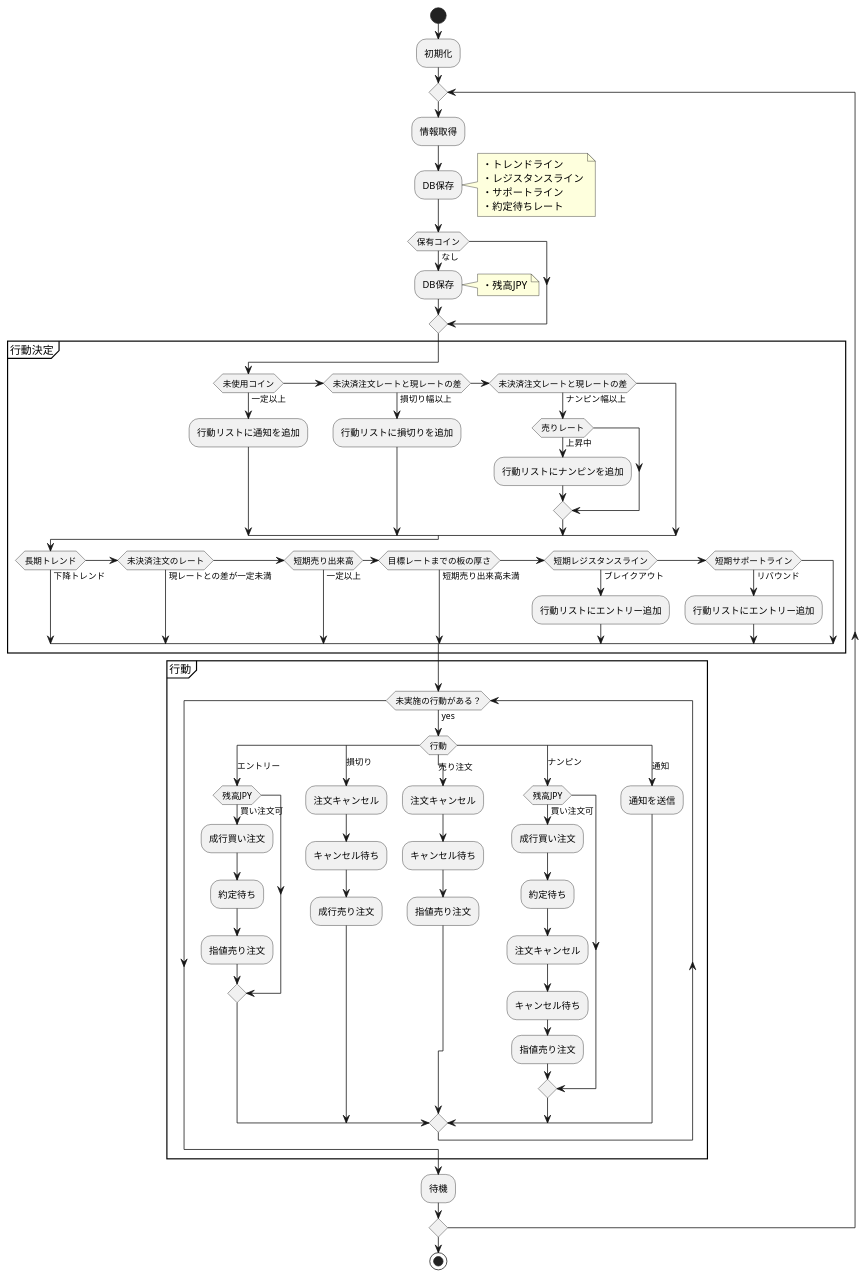
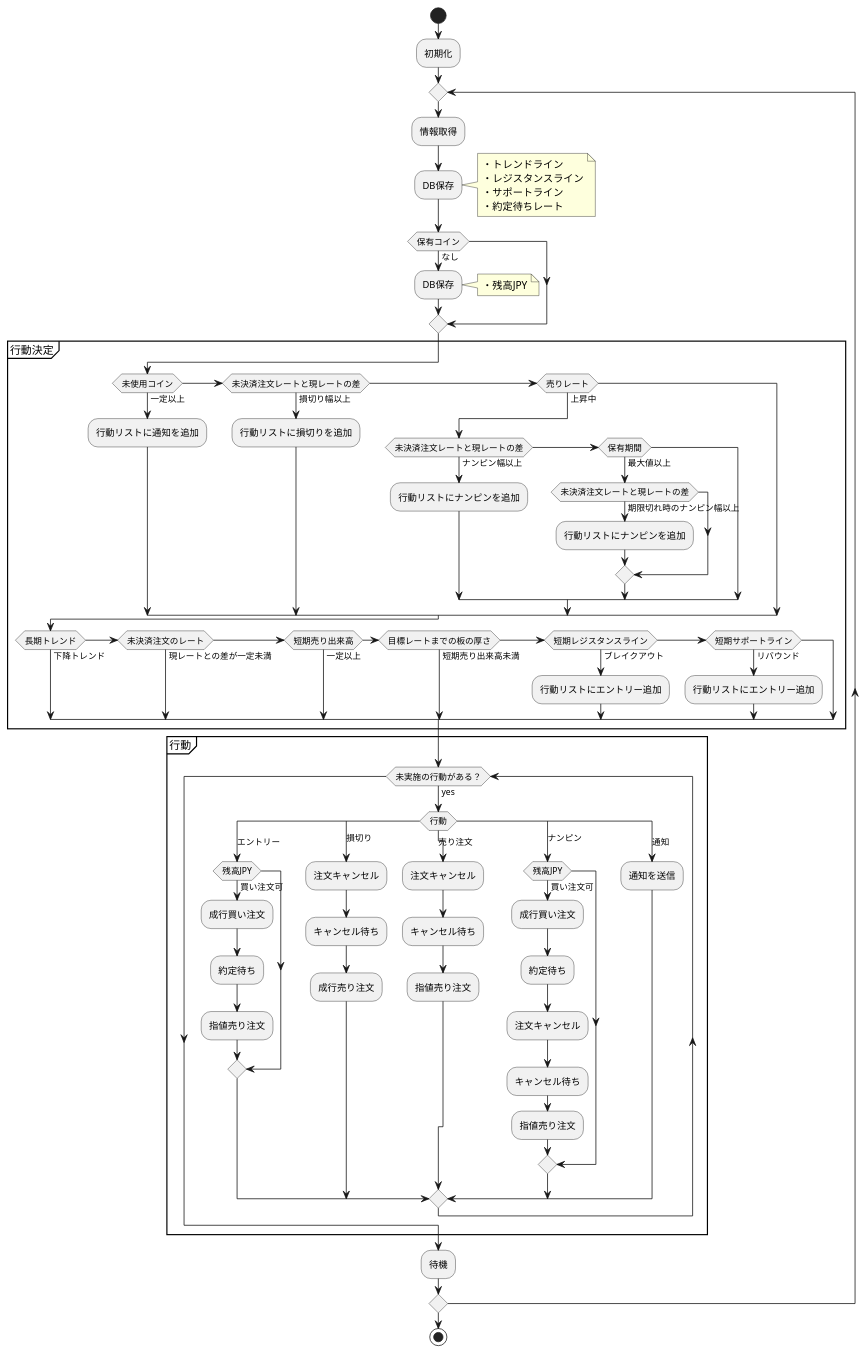
Before and after one commit to canpok1/trading-bot-rust: the diagram in docs/bot.plantuml, drawn with PlantUML. The commit also changed 3 other files, not shown here.

```diff
--- a/docs/bot.plantuml
+++ b/docs/bot.plantuml
@@ -1,81 +1,85 @@
 @startuml trading-bot-rust
 start
 
 :初期化;
 
 repeat
     :情報取得;
 
     :DB保存;
     note right
         ・トレンドライン
         ・レジスタンスライン
         ・サポートライン
         ・約定待ちレート
     end note
 
     if (保有コイン) then (なし)
         :DB保存;
         note right
             ・残高JPY
         end note
     endif
 
     partition 行動決定 {
         if (未使用コイン) then (一定以上)
             :行動リストに通知を追加;
         elseif (未決済注文レートと現レートの差) then (損切り幅以上)
             :行動リストに損切りを追加;
-        elseif (未決済注文レートと現レートの差) then (ナンピン幅以上)
-            if (売りレート) then (上昇中)
+        elseif (売りレート) then (上昇中)
+            if (未決済注文レートと現レートの差) then (ナンピン幅以上)
                 :行動リストにナンピンを追加;
+            elseif (保有期間) then (最大値以上)
+                if (未決済注文レートと現レートの差) then (期限切れ時のナンピン幅以上)
+                    :行動リストにナンピンを追加;
+                endif
             endif
         endif
 
         if (長期トレンド) then (下降トレンド)
         elseif (未決済注文のレート) then (現レートとの差が一定未満)
         elseif (短期売り出来高) then (一定以上)
         elseif (目標レートまでの板の厚さ) then (短期売り出来高未満)
         elseif (短期レジスタンスライン) then (ブレイクアウト)
             :行動リストにエントリー追加;
         elseif (短期サポートライン) then (リバウンド)
             :行動リストにエントリー追加;
         endif
     }
 
     partition 行動 {
         while (未実施の行動がある？) is (yes)
             switch (行動)
             case (エントリー)
                 if (残高JPY) then (買い注文可)
                     :成行買い注文;
                     :約定待ち;
                     :指値売り注文;
                 endif
             case (損切り)
                 :注文キャンセル;
                 :キャンセル待ち;
                 :成行売り注文;
             case (売り注文)
                 :注文キャンセル;
                 :キャンセル待ち;
                 :指値売り注文;
             case (ナンピン)
                 if (残高JPY) then (買い注文可)
                     :成行買い注文;
                     :約定待ち;
                     :注文キャンセル;
                     :キャンセル待ち;
                     :指値売り注文;
                 endif
             case (通知)
                 :通知を送信;
             endswitch
         endwhile
     }
 
     :待機;
 repeat while
 
 stop
 @enduml
```
